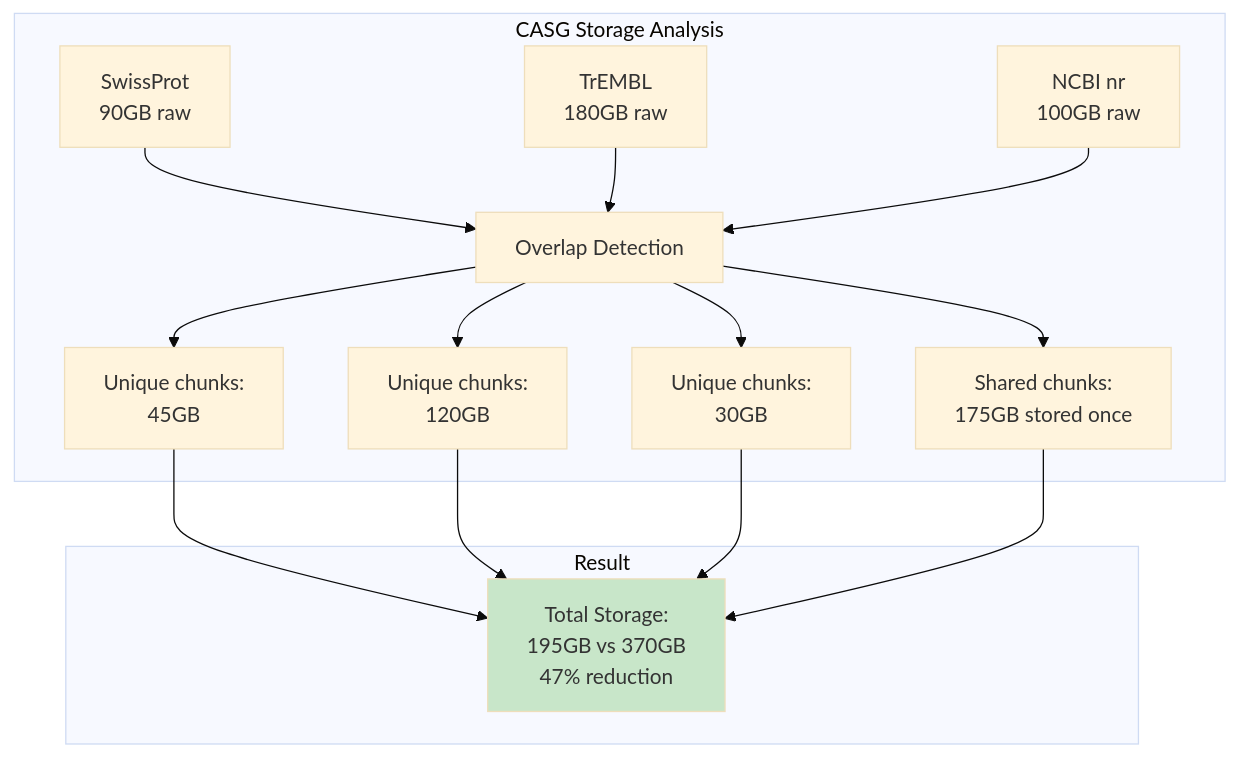
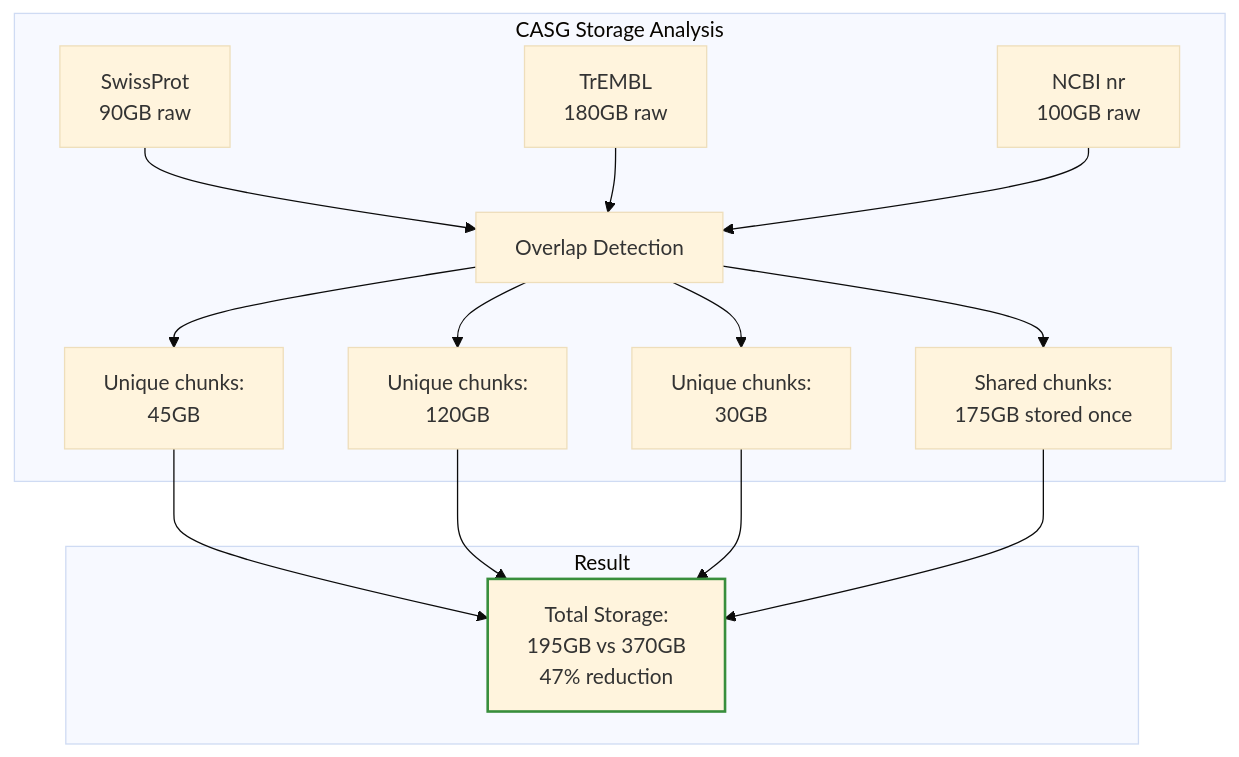
The fourth of 12 diagrams in docs/src/casg/case-studies.md (bfowle/talaria), drawn with Mermaid (base theme) before and after one commit. The commit also changed other lines of this file and 65 other files, not shown here.

````diff
--- a/docs/src/casg/case-studies.md
+++ b/docs/src/casg/case-studies.md
@@ -134,36 +202,36 @@
 ```mermaid
 graph TB
     subgraph "CASG Storage Analysis"
         O[Overlap Detection]
 
         S1[SwissProt<br/>90GB raw]
         S2[TrEMBL<br/>180GB raw]
         S3[NCBI nr<br/>100GB raw]
 
         C1[Unique chunks:<br/>45GB]
         C2[Unique chunks:<br/>120GB]
         C3[Unique chunks:<br/>30GB]
 
         SHARED[Shared chunks:<br/>175GB stored once]
 
         S1 --> O
         S2 --> O
         S3 --> O
 
         O --> C1
         O --> C2
         O --> C3
         O --> SHARED
     end
 
     subgraph "Result"
         TOTAL[Total Storage:<br/>195GB vs 370GB<br/>47% reduction]
 
-        style TOTAL fill:#c8e6c9
+        style TOTAL stroke:#388e3c,stroke-width:2px
     end
 
     C1 --> TOTAL
     C2 --> TOTAL
     C3 --> TOTAL
     SHARED --> TOTAL
 ```
````
